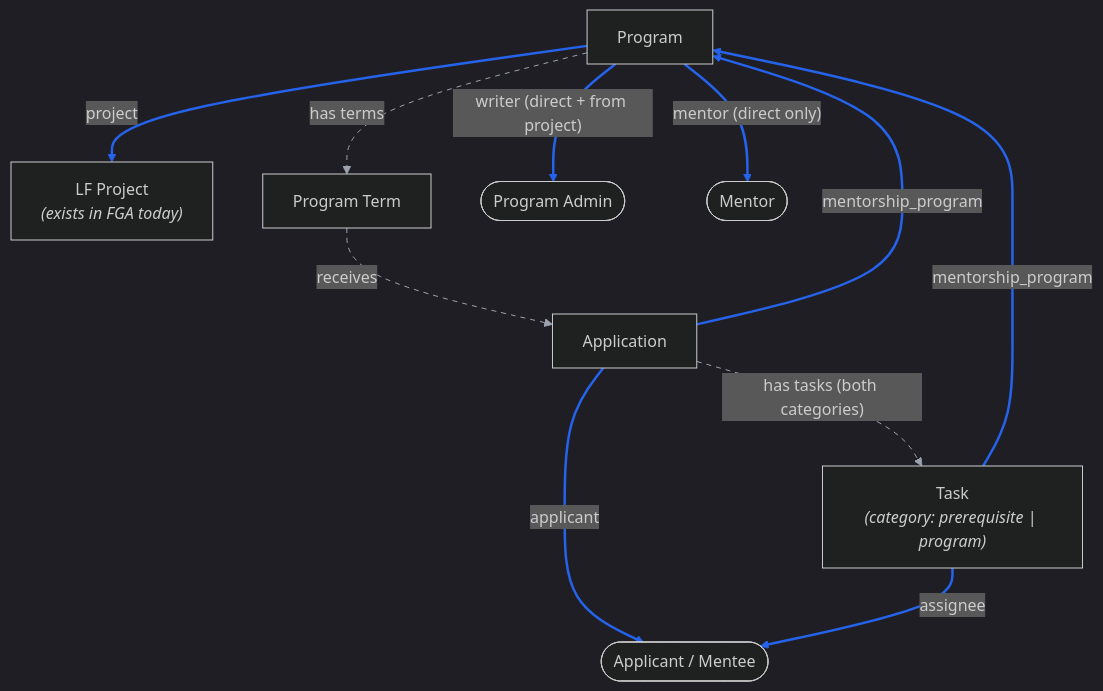
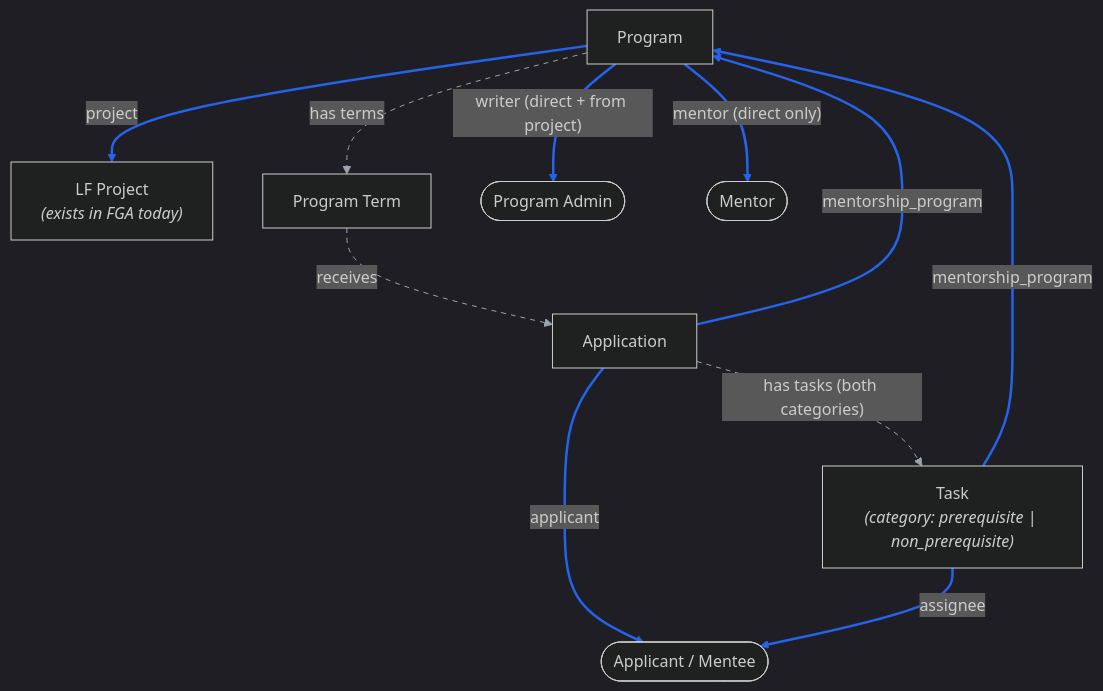
Before and after one commit to linuxfoundation/lfx-mentorship: the diagram in docs/rewrite/04-authorization-model.md, drawn with Mermaid (dark theme). The commit also changed other lines of this file and 2 other files, not shown here.

First line of the commit message:
docs(rewrite): align proposal with implemented schema, fix review findings

````diff
--- a/docs/rewrite/04-authorization-model.md
+++ b/docs/rewrite/04-authorization-model.md
@@ -38,26 +38,26 @@
 ```mermaid
 flowchart TB
     PROJECT["LF Project<br/><i>(exists in FGA today)</i>"]
     PROGRAM["Program"]
     TERM["Program Term"]
     APP["Application"]
-    TASK["Task<br/><i>(category: prerequisite | program)</i>"]
+    TASK["Task<br/><i>(category: prerequisite | non_prerequisite)</i>"]
     ADMIN(["Program Admin"])
     MENTOR(["Mentor"])
     MENTEE(["Applicant / Mentee"])
 
     PROGRAM ==>|"project"| PROJECT
     PROGRAM ==>|"writer (direct + from project)"| ADMIN
     PROGRAM ==>|"mentor (direct only)"| MENTOR
     APP ==>|"mentorship_program"| PROGRAM
     APP ==>|"applicant"| MENTEE
     TASK ==>|"mentorship_program"| PROGRAM
     TASK ==>|"assignee"| MENTEE
 
     PROGRAM -.->|"has terms"| TERM
     TERM -.->|"receives"| APP
     APP -.->|"has tasks (both categories)"| TASK
 
     linkStyle 0,1,2,3,4,5,6 stroke:#2563eb,stroke-width:2.5px
     linkStyle 7,8,9 stroke:#9ca3af,stroke-dasharray:5 5
 ```
````
